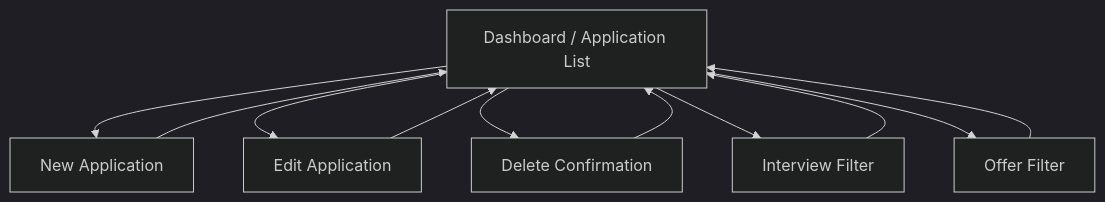
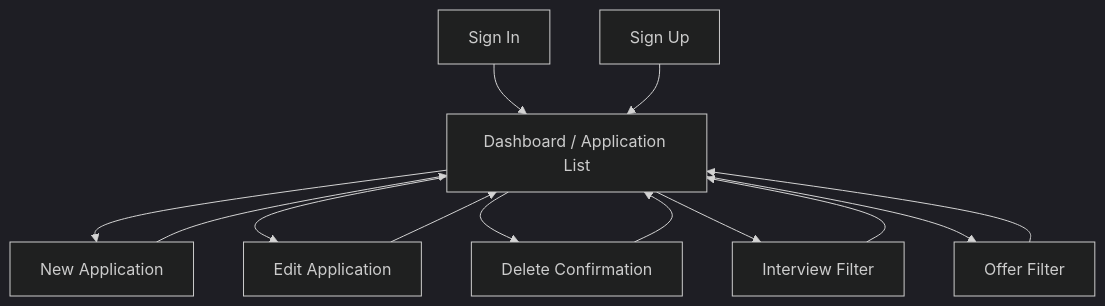
The diagram in README.md (Monia07/job-application-tracker), drawn with Mermaid (dark theme) before and after one commit. The commit also changed other lines of this file and 3 other files, not shown here.

````diff
--- a/README.md
+++ b/README.md
@@ -212,13 +212,17 @@
 ```mermaid
 flowchart TD
-    A["Dashboard / Application List"] --> B["New Application"]
-    A --> C["Edit Application"]
-    A --> D["Delete Confirmation"]
-    A --> E["Interview Filter"]
-    A --> F["Offer Filter"]
-    B --> A
-    C --> A
-    D --> A
-    E --> A
-    F --> A
+    A["Sign In"] --> B["Dashboard / Application List"]
+    Z["Sign Up"] --> B
+
+    B --> C["New Application"]
+    B --> D["Edit Application"]
+    B --> E["Delete Confirmation"]
+    B --> F["Interview Filter"]
+    B --> G["Offer Filter"]
+
+    C --> B
+    D --> B
+    E --> B
+    F --> B
+    G --> B
 ```
````
